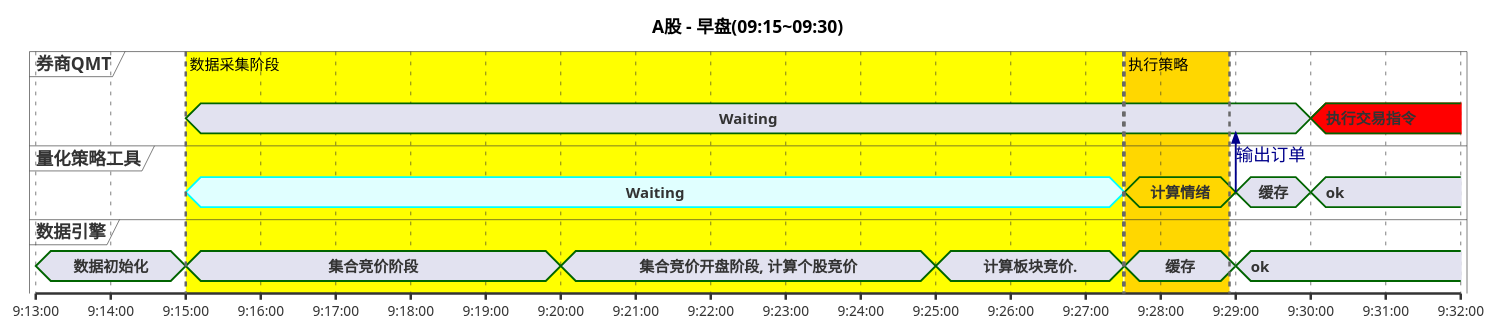
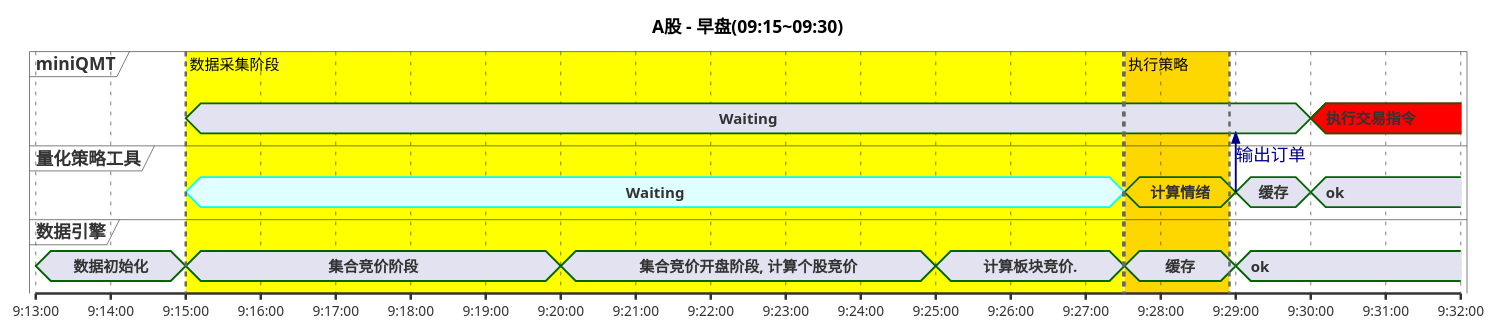
One commit to quant1x/engine changed the diagram in docs/quant-am.puml. Above: the diagram before and after it, drawn with PlantUML.

Commit message:
修订QMT的定义为miniQMT

```diff
--- a/docs/quant-am.puml
+++ b/docs/quant-am.puml
@@ -1,41 +1,41 @@
 @startuml
 title A股 - 早盘(09:15~09:30)
-concise "券商QMT" as QMT
+concise "miniQMT" as QMT
 concise "量化策略工具" as Quant
 concise "数据引擎" as Stock
 scale 60 as 60 pixels
 
 @09:13:00
 Stock is 数据初始化
 
 @09:15:00
 Stock is "集合竞价阶段"
 Quant is Waiting #LightCyan;line:Aqua
 QMT is Waiting
 
 @09:20:00
 Stock is "集合竞价开盘阶段, 计算个股竞价"
 
 @09:25:00
 Stock is 计算板块竞价.
 
 @09:27:31
 Stock is 缓存
 Quant is 计算情绪 #Gold
 
 @09:29:00
 Stock is ok
 
 @09:29:00
 Quant is 缓存
 Quant ->QMT: 输出订单
 
 @09:30:00
 QMT is 执行交易指令 #Red
 Quant is ok
 
 @09:31:00
 highlight 09:15:00 to 09:27:30 #Yellow;line:DimGrey : 数据采集阶段
 highlight 09:27:31 to 09:28:55 #Gold;line:DimGrey : 执行策略
 
 @enduml
```
